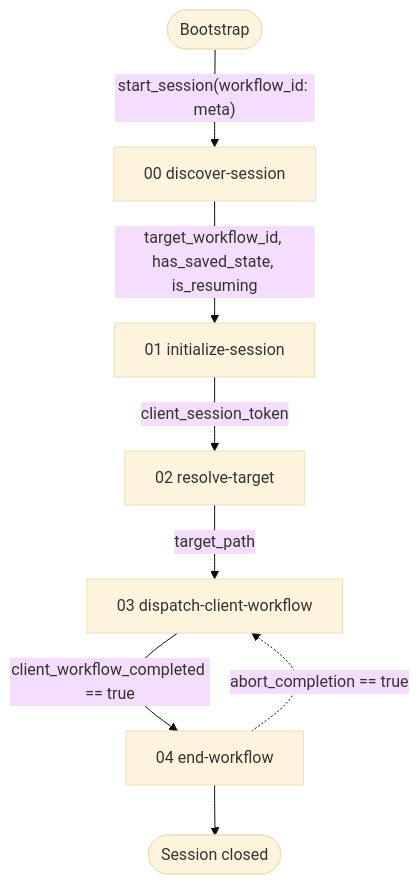
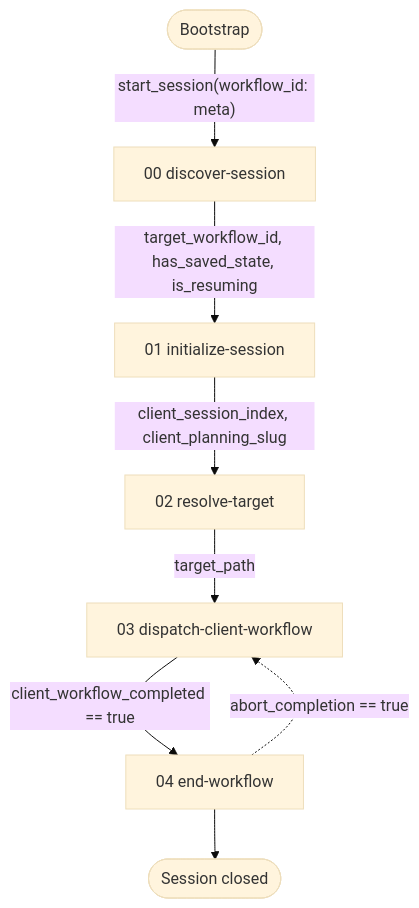
The first of 2 diagrams in meta/README.md (m2ux/workflow-server), drawn with Mermaid (base theme) before and after one commit. The commit also changed other lines of this file and 7 other files, not shown here.

````diff
--- a/meta/README.md
+++ b/meta/README.md
@@ -35,10 +36,10 @@
 ```mermaid
 graph TD
     startNode(["Bootstrap"]) -->|"start_session(workflow_id: meta)"| DS["00 discover-session"]
     DS -->|"target_workflow_id, has_saved_state, is_resuming"| INI["01 initialize-session"]
-    INI -->|"client_session_token"| RT["02 resolve-target"]
+    INI -->|"client_session_index, client_planning_slug"| RT["02 resolve-target"]
     RT -->|"target_path"| DSP["03 dispatch-client-workflow"]
     DSP -->|"client_workflow_completed == true"| END["04 end-workflow"]
     END -.->|"abort_completion == true"| DSP
     END --> doneNode(["Session closed"])
 ```
````
